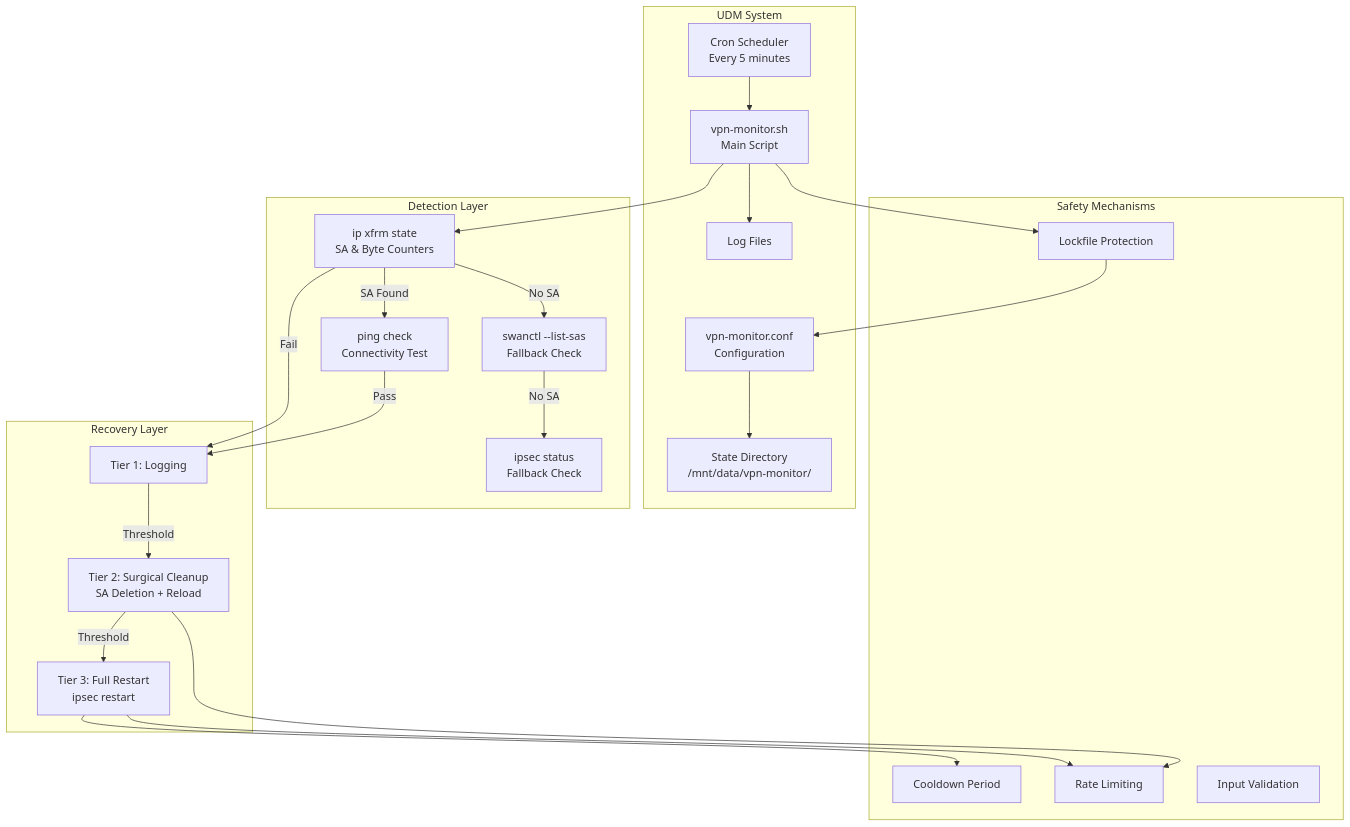
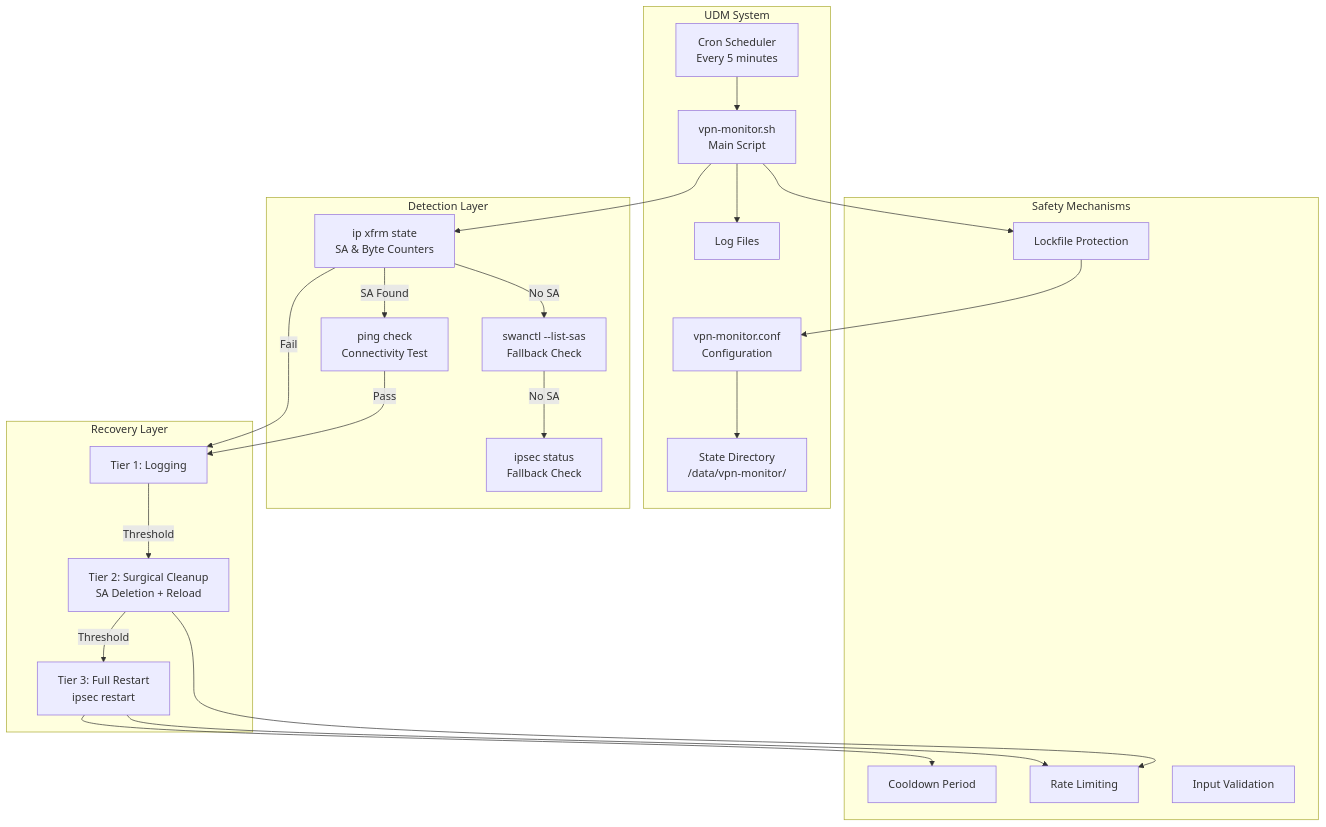
Before and after one commit to Eccentric-Quality-Solutions/udm-vpn-monitor: the first of 6 diagrams in ARCHITECTURE.md, drawn with Mermaid. The commit also changed other lines of this file and 5 other files, not shown here.

Commit message:
- Install to `data` not `mnt/data` - Set default cron interval to 1 min - Add uninstall script - Update docs - Add `--fake` to not trigger actual reboots - Add `--no-cron` to install.sh

````diff
--- a/ARCHITECTURE.md
+++ b/ARCHITECTURE.md
@@ -57,47 +57,47 @@
 ```mermaid
 graph TB
     subgraph "UDM System"
         Cron[Cron Scheduler<br/>Every 5 minutes]
         MainScript[vpn-monitor.sh<br/>Main Script]
         Config[vpn-monitor.conf<br/>Configuration]
-        StateDir[State Directory<br/>/mnt/data/vpn-monitor/]
+        StateDir[State Directory<br/>/data/vpn-monitor/]
         LogDir[Log Files]
     end
     
     subgraph "Detection Layer"
         XfrmCheck[ip xfrm state<br/>SA & Byte Counters]
         SwanctlCheck[swanctl --list-sas<br/>Fallback Check]
         IpsecCheck[ipsec status<br/>Fallback Check]
         PingCheck[ping check<br/>Connectivity Test]
     end
     
     subgraph "Recovery Layer"
         Tier1[Tier 1: Logging]
         Tier2[Tier 2: Surgical Cleanup<br/>SA Deletion + Reload]
         Tier3[Tier 3: Full Restart<br/>ipsec restart]
     end
     
     subgraph "Safety Mechanisms"
         Lockfile[Lockfile Protection]
         Cooldown[Cooldown Period]
         RateLimit[Rate Limiting]
         Validation[Input Validation]
     end
     
     Cron --> MainScript
     MainScript --> Lockfile
     Lockfile --> Config
     Config --> StateDir
     MainScript --> XfrmCheck
     XfrmCheck -->|No SA| SwanctlCheck
     SwanctlCheck -->|No SA| IpsecCheck
     XfrmCheck -->|SA Found| PingCheck
     PingCheck -->|Pass| Tier1
     XfrmCheck -->|Fail| Tier1
     Tier1 -->|Threshold| Tier2
     Tier2 -->|Threshold| Tier3
     Tier3 --> Cooldown
     Tier2 --> RateLimit
     Tier3 --> RateLimit
     MainScript --> LogDir
 ```
````
